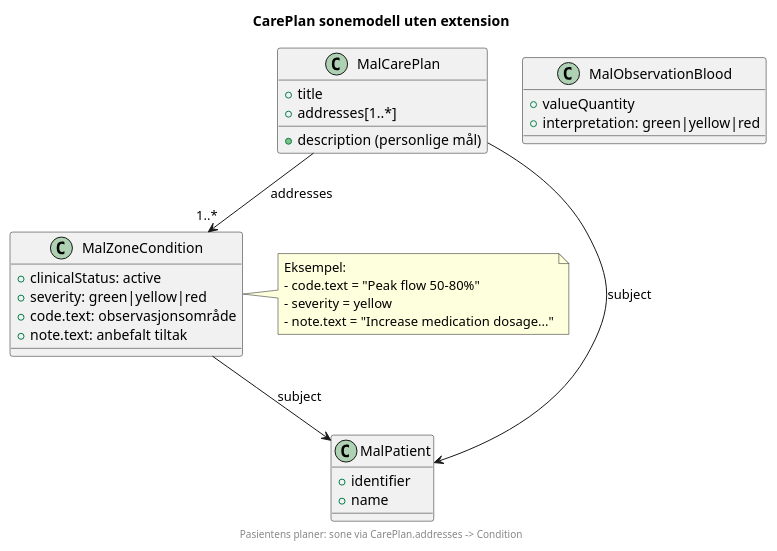
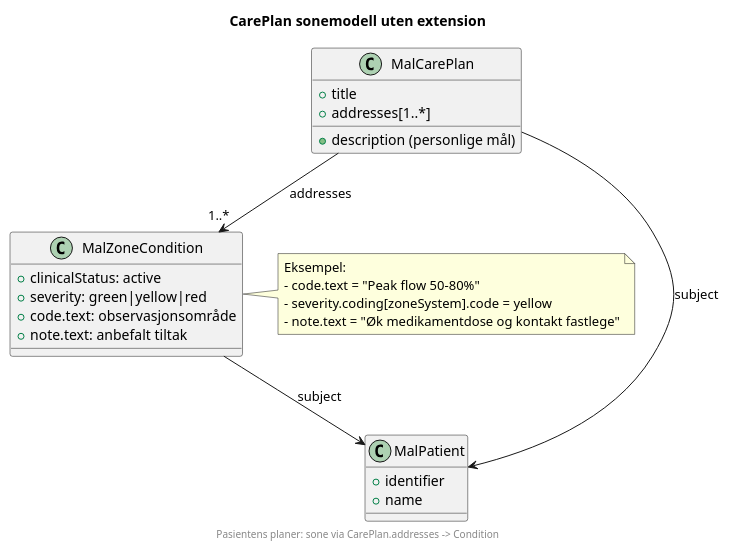
One commit to HL7Norway/Planer-CarePlan-hacking changed the diagram in mal/input/images/careplan-zones-model.puml. Above: the diagram before and after it, drawn with PlantUML. The commit also changed 2 other files, not shown here.

Commit message:
fix: require zone addresses and clean model diagram

```diff
--- a/mal/input/images/careplan-zones-model.puml
+++ b/mal/input/images/careplan-zones-model.puml
@@ -1,39 +1,34 @@
 @startuml
 title CarePlan sonemodell uten extension
 footer Pasientens planer: sone via CarePlan.addresses -> Condition
 
 class MalPatient {
   +identifier
   +name
 }
 
 class MalCarePlan {
   +title
   +description (personlige mål)
   +addresses[1..*]
 }
 
 class MalZoneCondition {
   +clinicalStatus: active
   +severity: green|yellow|red
   +code.text: observasjonsområde
   +note.text: anbefalt tiltak
 }
 
-class MalObservationBlood {
-  +valueQuantity
-  +interpretation: green|yellow|red
-}
-
 MalCarePlan --> MalPatient : subject
 MalCarePlan --> "1..*" MalZoneCondition : addresses
 MalZoneCondition --> MalPatient : subject
 
 note right of MalZoneCondition
 Eksempel:
 - code.text = "Peak flow 50-80%"
-- severity = yellow
-- note.text = "Increase medication dosage..."
+- severity.coding[zoneSystem].code = yellow
+- note.text = "Øk medikamentdose og kontakt fastlege"
 end note
 
 @enduml
```
